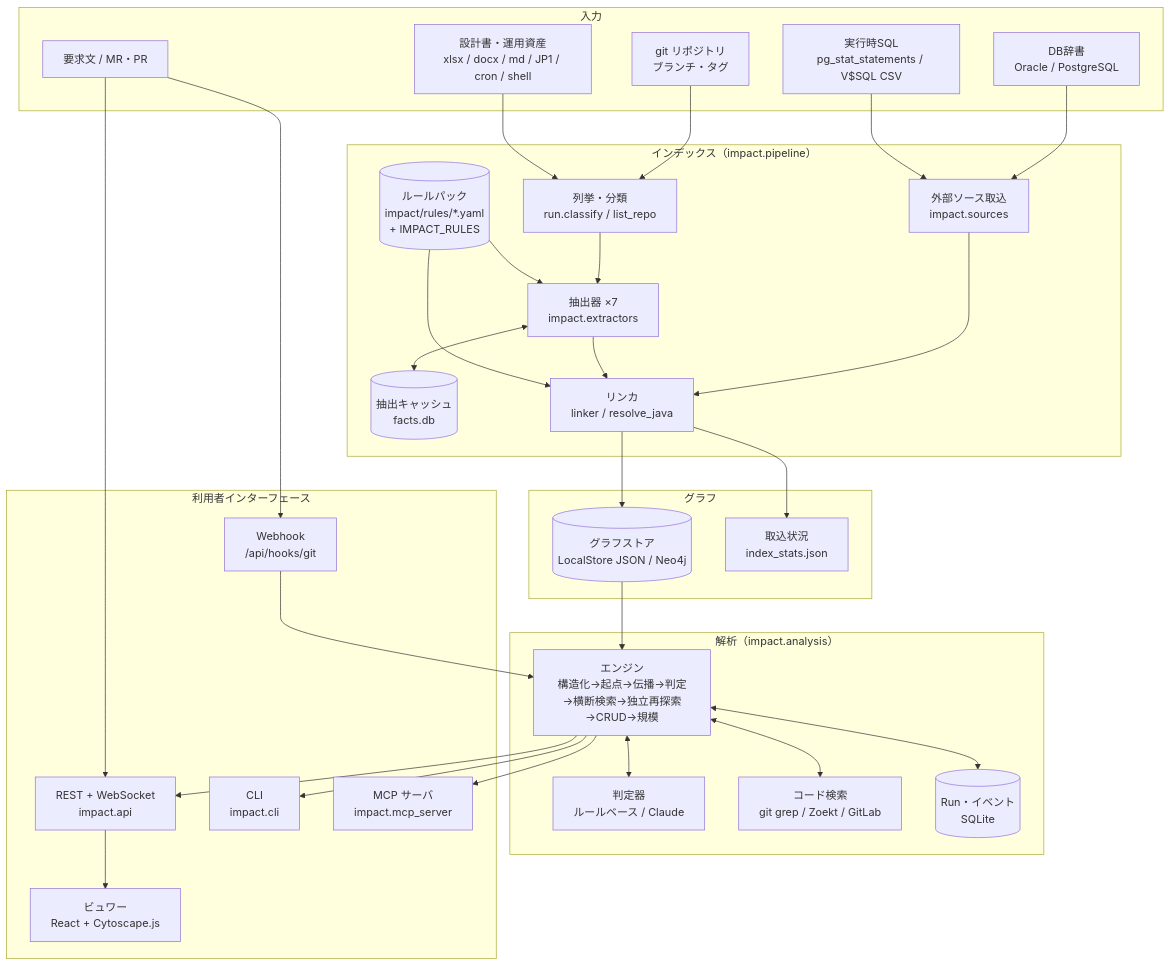
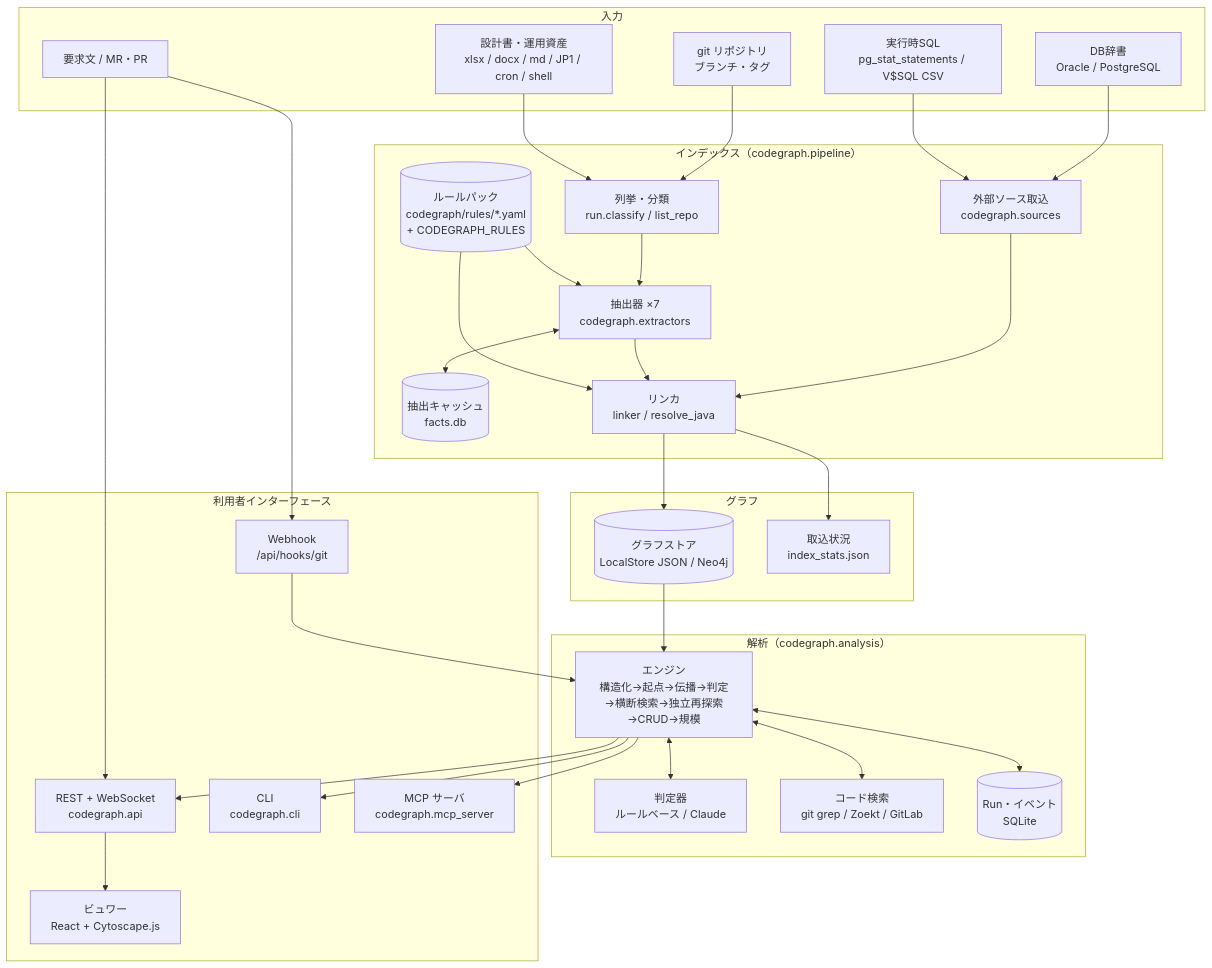
One commit to mstkfeb20-collab/himotoki changed the first of 5 diagrams in docs/ARCHITECTURE.md. Above: the diagram before and after it, drawn with Mermaid. The commit also changed other lines of this file and 67 other files, not shown here.

````diff
--- a/docs/ARCHITECTURE.md
+++ b/docs/ARCHITECTURE.md
@@ -63,63 +63,63 @@
 ```mermaid
 flowchart TB
   subgraph Inputs["入力"]
     R[git リポジトリ<br/>ブランチ・タグ]
     D[設計書・運用資産<br/>xlsx / docx / md / JP1 / cron / shell]
     C[DB辞書<br/>Oracle / PostgreSQL]
     RT[実行時SQL<br/>pg_stat_statements / V$SQL CSV]
     Q[要求文 / MR・PR]
   end
 
-  subgraph Index["インデックス（impact.pipeline）"]
+  subgraph Index["インデックス（codegraph.pipeline）"]
     L[列挙・分類<br/>run.classify / list_repo]
-    X[抽出器 ×7<br/>impact.extractors]
-    RP[(ルールパック<br/>impact/rules/*.yaml<br/>+ IMPACT_RULES)]
+    X[抽出器 ×7<br/>codegraph.extractors]
+    RP[(ルールパック<br/>codegraph/rules/*.yaml<br/>+ CODEGRAPH_RULES)]
     FC[(抽出キャッシュ<br/>facts.db)]
     K[リンカ<br/>linker / resolve_java]
-    S[外部ソース取込<br/>impact.sources]
+    S[外部ソース取込<br/>codegraph.sources]
   end
 
   subgraph Store["グラフ"]
     G[(グラフストア<br/>LocalStore JSON / Neo4j)]
     REP[取込状況<br/>index_stats.json]
   end
 
-  subgraph Analysis["解析（impact.analysis）"]
+  subgraph Analysis["解析（codegraph.analysis）"]
     E[エンジン<br/>構造化→起点→伝播→判定→横断検索→独立再探索→CRUD→規模]
     LLM[判定器<br/>ルールベース / Claude]
     CS[コード検索<br/>git grep / Zoekt / GitLab]
     RS[(Run・イベント<br/>SQLite)]
   end
 
   subgraph Front["利用者インターフェース"]
-    API[REST + WebSocket<br/>impact.api]
+    API[REST + WebSocket<br/>codegraph.api]
     V[ビュワー<br/>React + Cytoscape.js]
-    CLI[CLI<br/>impact.cli]
-    MCP[MCP サーバ<br/>impact.mcp_server]
+    CLI[CLI<br/>codegraph.cli]
+    MCP[MCP サーバ<br/>codegraph.mcp_server]
     WH[Webhook<br/>/api/hooks/git]
   end
 
   R --> L
   D --> L
   L --> X
   RP --> X
   X <--> FC
   C --> S
   RT --> S
   S --> K
   X --> K
   RP --> K
   K --> G
   K --> REP
   Q --> API
   Q --> WH
   G --> E
   E <--> LLM
   E <--> CS
   E <--> RS
   E --> API
   API --> V
   E --> CLI
   E --> MCP
   WH --> E
 ```
````
